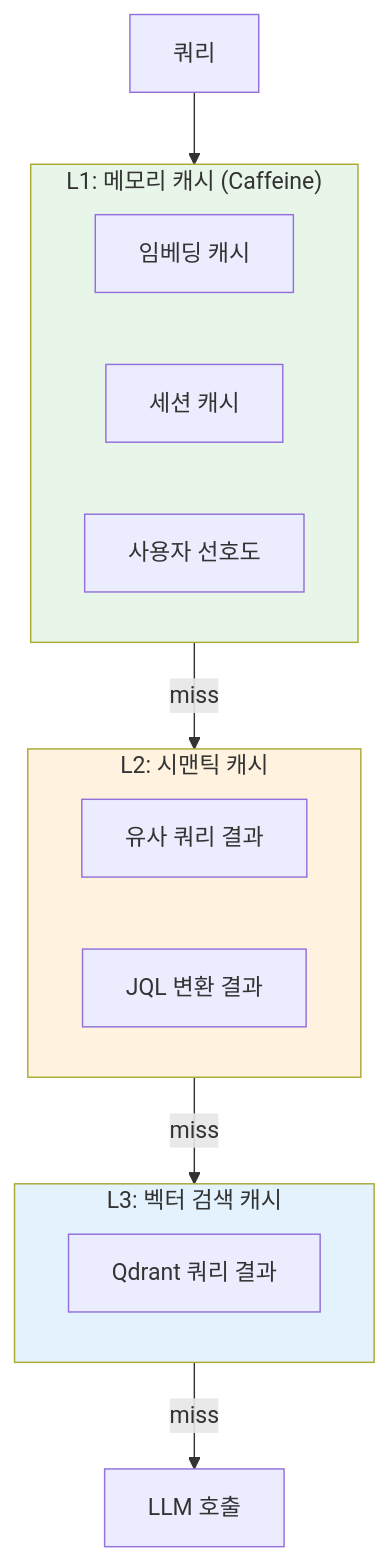
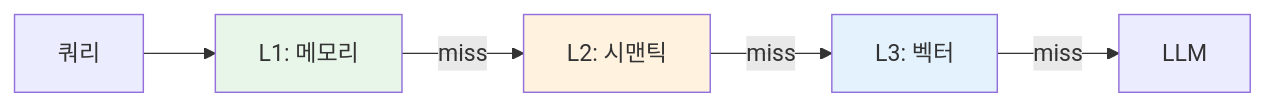
Before and after one commit to Gyeom/dev-notes: the seventh of 9 diagrams in content/posts/2025-12-26-ai-agent-performance-optimization.md, drawn with Mermaid. The commit also changed other lines of this file and 7 other files, not shown here.

First line of the commit message:
Fix: 전체 포스트 Mermaid 다이어그램 가로 배치 적용

````diff
--- a/content/posts/2025-12-26-ai-agent-performance-optimization.md
+++ b/content/posts/2025-12-26-ai-agent-performance-optimization.md
@@ -177,26 +174,11 @@
 ```mermaid
-flowchart TB
-    subgraph L1["L1: 메모리 캐시 (Caffeine)"]
-        E1["임베딩 캐시"]
-        E2["세션 캐시"]
-        E3["사용자 선호도"]
-    end
-
-    subgraph L2["L2: 시맨틱 캐시"]
-        S1["유사 쿼리 결과"]
-        S2["JQL 변환 결과"]
-    end
-
-    subgraph L3["L3: 벡터 검색 캐시"]
-        V1["Qdrant 쿼리 결과"]
-    end
-
-    Query["쿼리"] --> L1
-    L1 -->|miss| L2
-    L2 -->|miss| L3
-    L3 -->|miss| LLM["LLM 호출"]
+flowchart LR
+    Query["쿼리"] --> L1["L1: 메모리"]
+    L1 -->|miss| L2["L2: 시맨틱"]
+    L2 -->|miss| L3["L3: 벡터"]
+    L3 -->|miss| LLM["LLM"]
 
     style L1 fill:#E8F5E9
     style L2 fill:#FFF3E0
     style L3 fill:#E3F2FD
 ```
````
